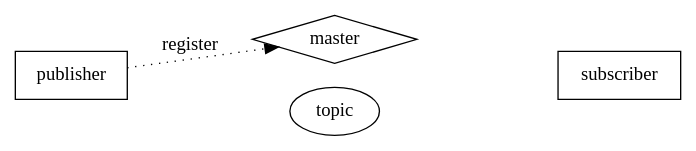
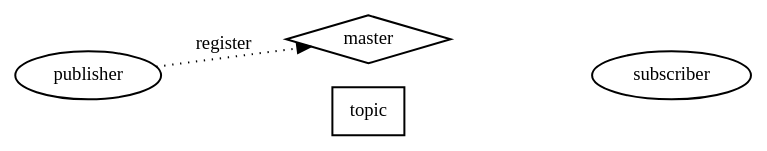
Before and after one commit to shihyuan/duckietown_ros_slides: the diagram in dot/master_2.dot, drawn with Graphviz. The commit also changed 15 other files, not shown here.

```diff
--- a/dot/master_2.dot
+++ b/dot/master_2.dot
@@ -1,14 +1,17 @@
 digraph {
 	rankdir=LR;
-	node [shape=box,style=filled,fillcolor=white];
+	edge [penwidth=1.5]
+	node [penwidth=1.5]
+	
+	node [shape=ellipse,style=filled,fillcolor=white];
 	publisher;
 	subscriber;
 	master [shape=diamond];
-	node [shape=ellipse,style=filled,fillcolor=white];
+	node [shape=box,style=filled,fillcolor=white];
 	topic;
 	{rank=same;master;topic}
 	publisher->master[style=dotted,label="register"];
 	publisher->topic[style=invis,label="publish"];
 	subscriber->master[style=invis,label="query"];
 	topic->subscriber[style=invis,label="subscribe"];
 }
```
